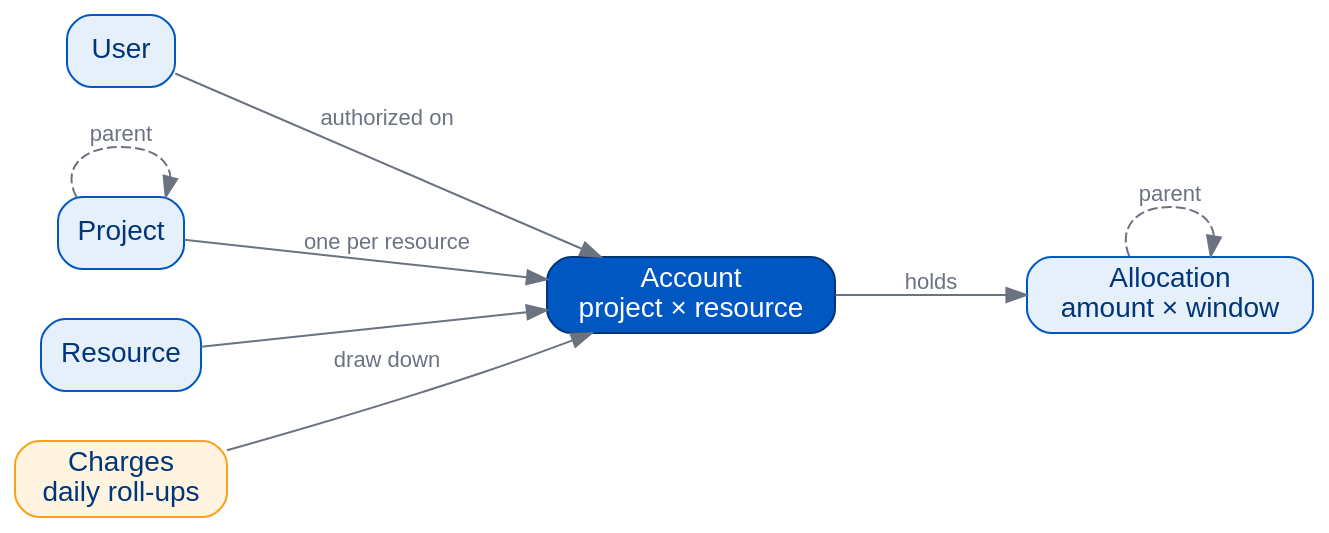
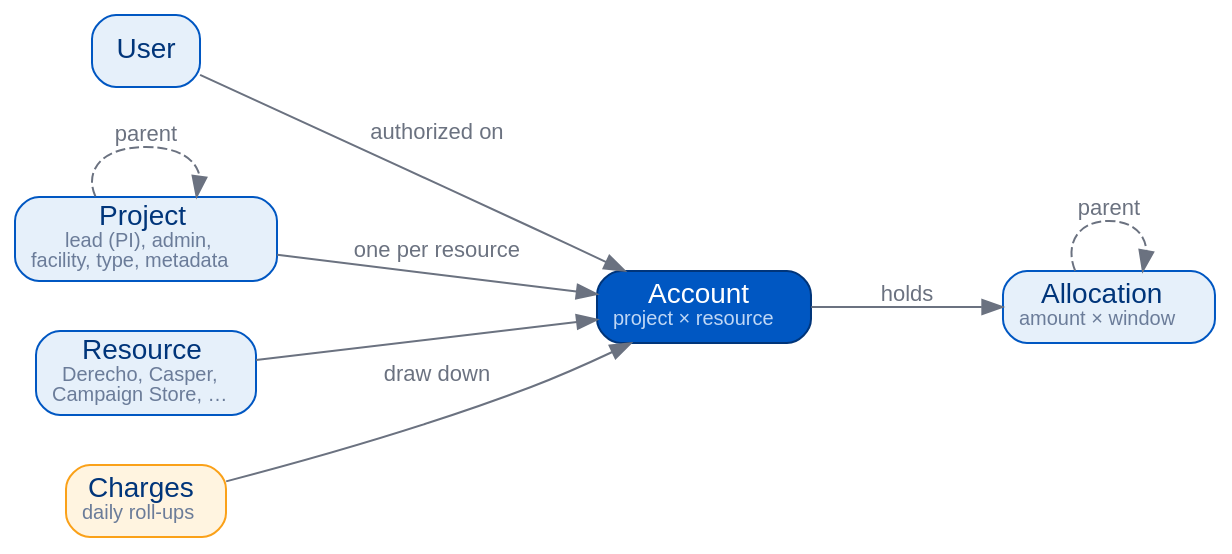
The first of 9 diagrams in docs/presentations/samuel/_2-concepts.qmd (benkirk/sam-queries), drawn with Graphviz before and after one commit. The commit also changed other lines of this file and 1 other file, not shown here.

First line of the commit message:
Concepts: detail lines in the concepts diagram, a groups footnote, the facility ring

````diff
--- a/docs/presentations/samuel/_2-concepts.qmd
+++ b/docs/presentations/samuel/_2-concepts.qmd
@@ -32,26 +32,27 @@
 ```{dot}
 //| fig-width: 10
 digraph Concepts {
   graph [rankdir=LR, nodesep=0.35, ranksep=0.9, bgcolor="transparent",
          fontname="Helvetica", fontsize=13, fontcolor="#00357A"];
   node  [shape=box, style="rounded,filled", fontname="Helvetica", fontsize=14,
          fillcolor="#E6F0FA", color="#0057C2", fontcolor="#00357A"];
   edge  [fontname="Helvetica", fontsize=11, color="#6B7280", fontcolor="#6B7280"];
 
   user     [label="User"];
-  project  [label="Project"];
-  resource [label="Resource"];
-  account  [label="Account\nproject × resource", fillcolor="#0057C2", color="#00357A",
-            fontcolor="#FFFFFF"];
-  alloc    [label="Allocation\namount × window"];
-  charges  [label="Charges\ndaily roll-ups", fillcolor="#FFF4E0", color="#FAA119"];
+  project  [label=<Project<BR/><FONT POINT-SIZE="10" COLOR="#6B7C99">lead (PI), admin,<BR/>facility, type, metadata</FONT>>];
+  resource [label=<Resource<BR/><FONT POINT-SIZE="10" COLOR="#6B7C99">Derecho, Casper,<BR/>Campaign Store, &#8230;</FONT>>];
+  account  [label=<Account<BR/><FONT POINT-SIZE="10" COLOR="#BFD7F5">project × resource</FONT>>,
+            fillcolor="#0057C2", color="#00357A", fontcolor="#FFFFFF"];
+  alloc    [label=<Allocation<BR/><FONT POINT-SIZE="10" COLOR="#6B7C99">amount × window</FONT>>];
+  charges  [label=<Charges<BR/><FONT POINT-SIZE="10" COLOR="#6B7C99">daily roll-ups</FONT>>,
+            fillcolor="#FFF4E0", color="#FAA119"];
 
   project  -> account [label="one per resource"];
   resource -> account;
   user     -> account [label="authorized on"];
   account  -> alloc   [label="holds"];
   charges  -> account [label="draw down"];
   project  -> project [label="parent", style=dashed];
   alloc    -> alloc   [label="parent", style=dashed];
 }
 ```
````
